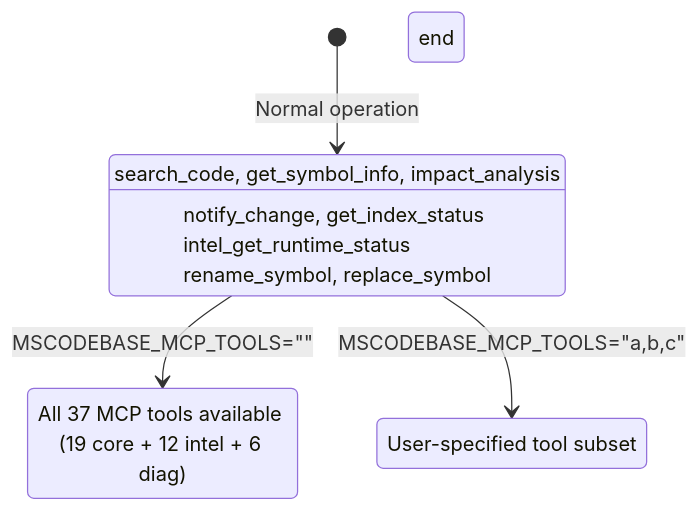
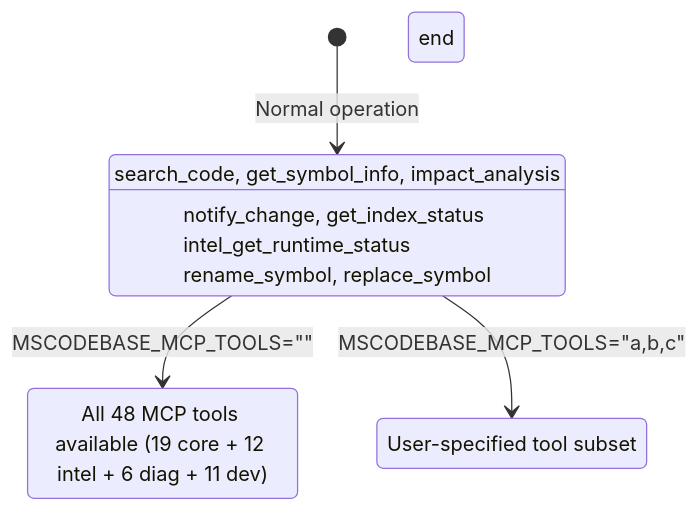
Before and after one commit to ManSio/mscodebase-intelligence: the third of 4 diagrams in docs/en/GRACEFUL_DEGRADATION.md, drawn with Mermaid. The commit also changed 16 other files, not shown here.

````diff
--- a/docs/en/GRACEFUL_DEGRADATION.md
+++ b/docs/en/GRACEFUL_DEGRADATION.md
@@ -84,22 +84,22 @@
 ```mermaid
 stateDiagram-v2
     [*] --> DEFAULT_TOOLS: Normal operation
 
     state DEFAULT_TOOLS[Visible: 12 tools]
         DEFAULT_TOOLS: search_code, get_symbol_info, impact_analysis
         DEFAULT_TOOLS: notify_change, get_index_status
         DEFAULT_TOOLS: intel_get_runtime_status
         DEFAULT_TOOLS: rename_symbol, replace_symbol
     end
 
     DEFAULT_TOOLS --> ALL_TOOLS: MSCODEBASE_MCP_TOOLS=""
     DEFAULT_TOOLS --> CUSTOM_TOOLS: MSCODEBASE_MCP_TOOLS="a,b,c"
 
-    state ALL_TOOLS[Visible: 37 tools]
-        ALL_TOOLS: All 37 MCP tools available (19 core + 12 intel + 6 diag)
+    state ALL_TOOLS[Visible: 48 tools]
+        ALL_TOOLS: All 48 MCP tools available (19 core + 12 intel + 6 diag + 11 dev)
     end
 
     state CUSTOM_TOOLS[Custom selection]
         CUSTOM_TOOLS: User-specified tool subset
     end
 ```
````
